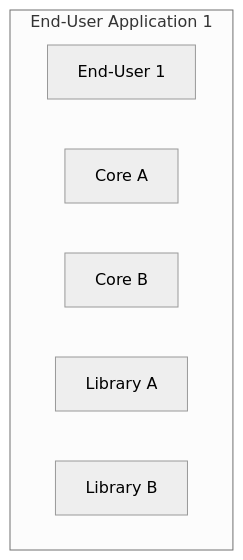
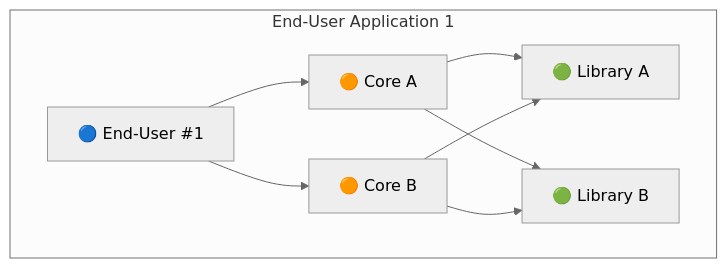
The second of 5 diagrams in Architecture Specialist (O11)/04_Chapter5_Application_Composition.md (kckworld/outsystems_study), drawn with Mermaid (neutral theme) before and after one commit. The commit also changed other lines of this file and 5 other files, not shown here.

````diff
--- a/Architecture Specialist (O11)/04_Chapter5_Application_Composition.md
+++ b/Architecture Specialist (O11)/04_Chapter5_Application_Composition.md
@@ -80,10 +113,12 @@
 ```mermaid
 graph TD
-  subgraph End-User Application 1
-    EU1[End-User 1]
-    CoreA[Core A]
-    CoreB[Core B]
-    LibA[Library A]
-    LibB[Library B]
+  subgraph App1["End-User Application 1"]
+    EU1["🔵 End-User #1"]
+    CA["🟠 Core A"]
+    CB["🟠 Core B"]
+    LA["🟢 Library A"]
+    LB["🟢 Library B"]
   end
+  EU1 --> CA & CB
+  CA & CB --> LA & LB
 ```
````
